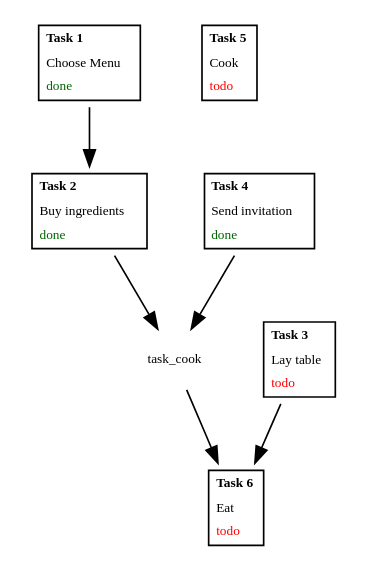
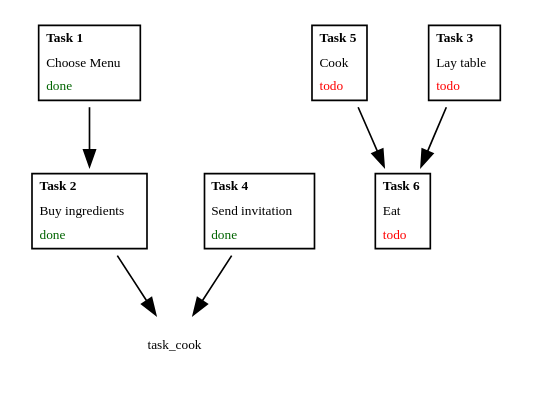
Before and after one commit to jczaja/test-task-management: the diagram in tasks.gv, drawn with Graphviz.

```diff
--- a/tasks.gv
+++ b/tasks.gv
@@ -1,54 +1,54 @@
 digraph D {
 
   node [shape=plaintext fontname="Sans serif" fontsize="8"];
 
   task_menu [ label=<
    <table border="1" cellborder="0" cellspacing="1">
      <tr><td align="left"><b>Task 1</b></td></tr>
      <tr><td align="left">Choose Menu</td></tr>
      <tr><td align="left"><font color="darkgreen">done</font></td></tr>
    </table>>];
 
   task_ingredients [ label=<
    <table border="1" cellborder="0" cellspacing="1">
      <tr><td align="left"><b>Task 2</b></td></tr>
      <tr><td align="left">Buy ingredients</td></tr>
      <tr><td align="left"><font color="darkgreen">done</font></td></tr>
    </table>>];
 
   task_invitation [ label=<
    <table border="1" cellborder="0" cellspacing="1">
      <tr><td align="left"><b>Task 4</b></td></tr>
      <tr><td align="left">Send invitation</td></tr>
      <tr><td align="left"><font color="darkgreen">done</font></td></tr>
    </table>>];
 
   task_cooking [ label=<
    <table border="1" cellborder="0" cellspacing="1">
      <tr><td align="left"><b>Task 5</b></td></tr>
      <tr><td align="left">Cook</td></tr>
      <tr><td align="left"><font color="red">todo</font></td></tr>
    </table>>];
 
   task_table[ label=<
    <table border="1" cellborder="0" cellspacing="1">
      <tr><td align="left"><b>Task 3</b></td></tr>
      <tr><td align="left">Lay table</td></tr>
      <tr><td align="left"><font color="red">todo</font></td></tr>
    </table>>];
 
   task_eat[ label=<
    <table border="1" cellborder="0" cellspacing="1">
      <tr><td align="left"><b>Task 6</b></td></tr>
      <tr><td align="left">Eat</td></tr>
      <tr><td align="left"><font color="red">todo</font></td></tr>
    </table>>];
 
 
   task_menu        -> task_ingredients;
   task_ingredients -> task_cook;
   task_invitation  -> task_cook;
   task_table       -> task_eat;
-  task_cook        -> task_eat;
+  task_cooking        -> task_eat;
 
 }
```
